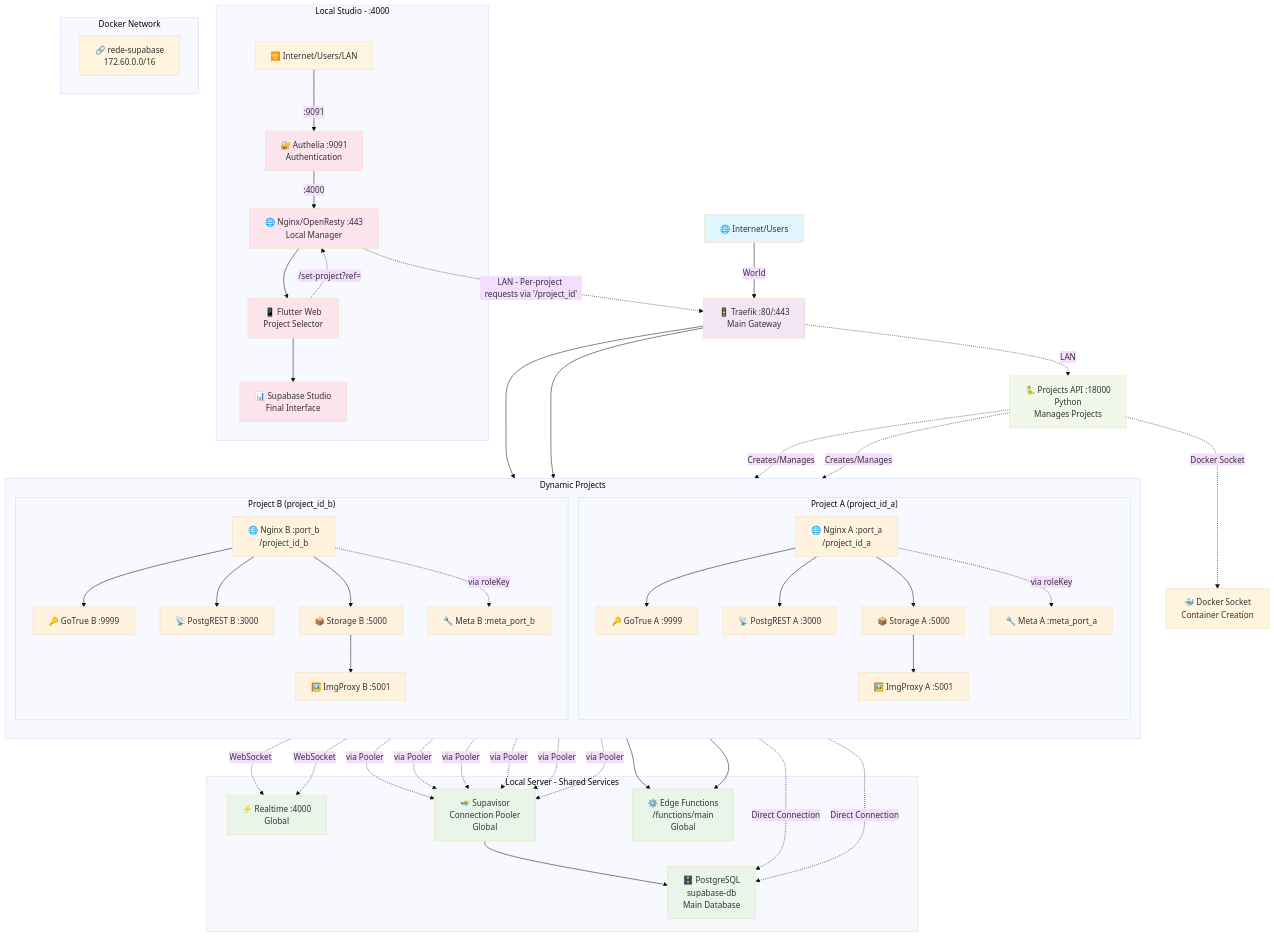
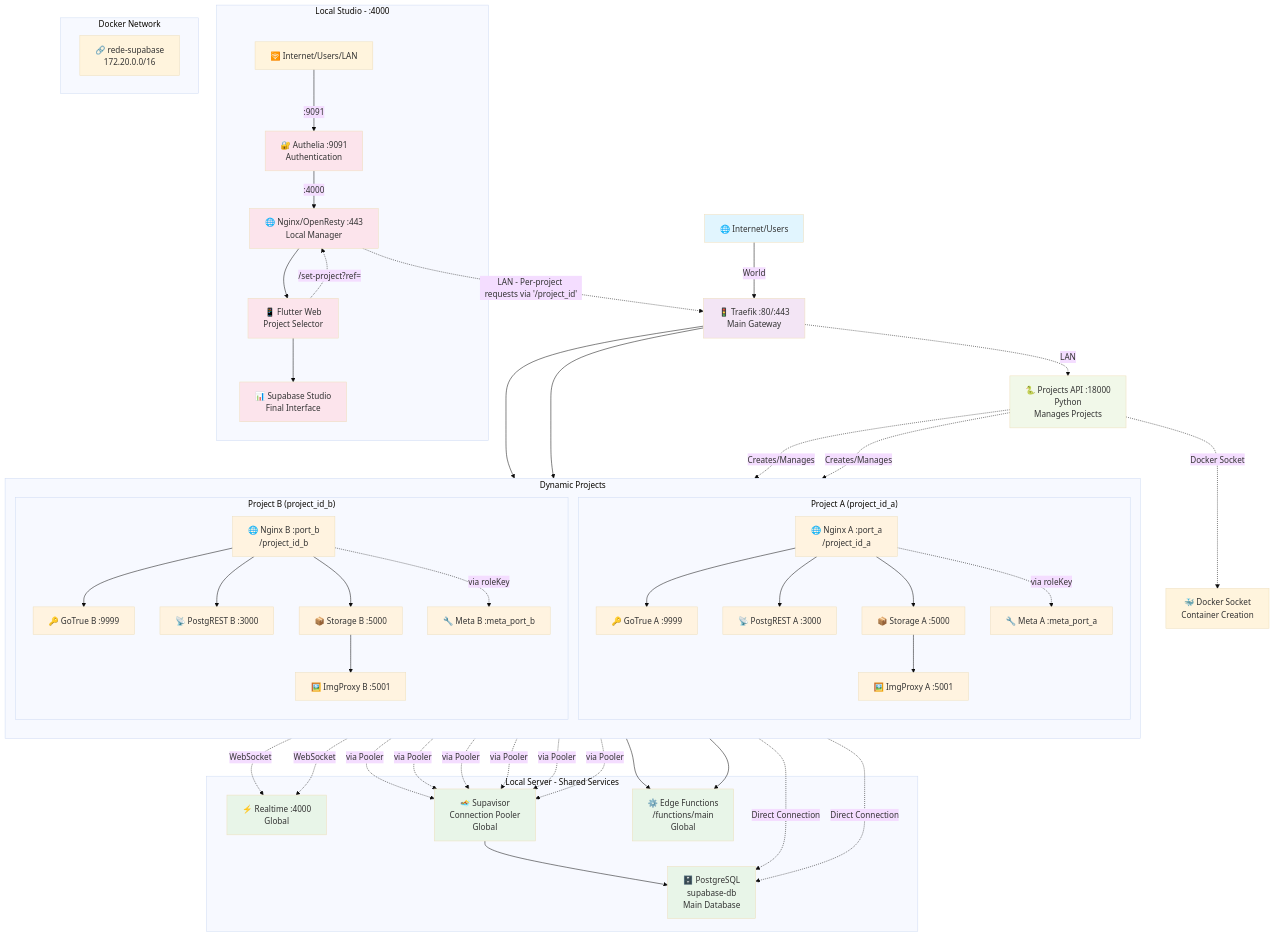
One commit to GustavoMartins123/supabase-multitenant changed the diagram in README.md. Above: the diagram before and after it, drawn with Mermaid (base theme). The commit also changed 13 other files, not shown here.

```diff
--- a/README.md
+++ b/README.md
@@ -73,7 +73,7 @@
         subGraph3
   end
  subgraph subGraph5["Docker Network"]
-        Network["🔗 rede-supabase\n172.60.0.0/16"]
+        Network["🔗 rede-supabase\n172.20.0.0/16"]
   end
     World["🌐 Internet/Users"] -- World --> Traefik["🚦 Traefik :80/:443\nMain Gateway"]
     Lan -- :9091 --> Authelia
```
